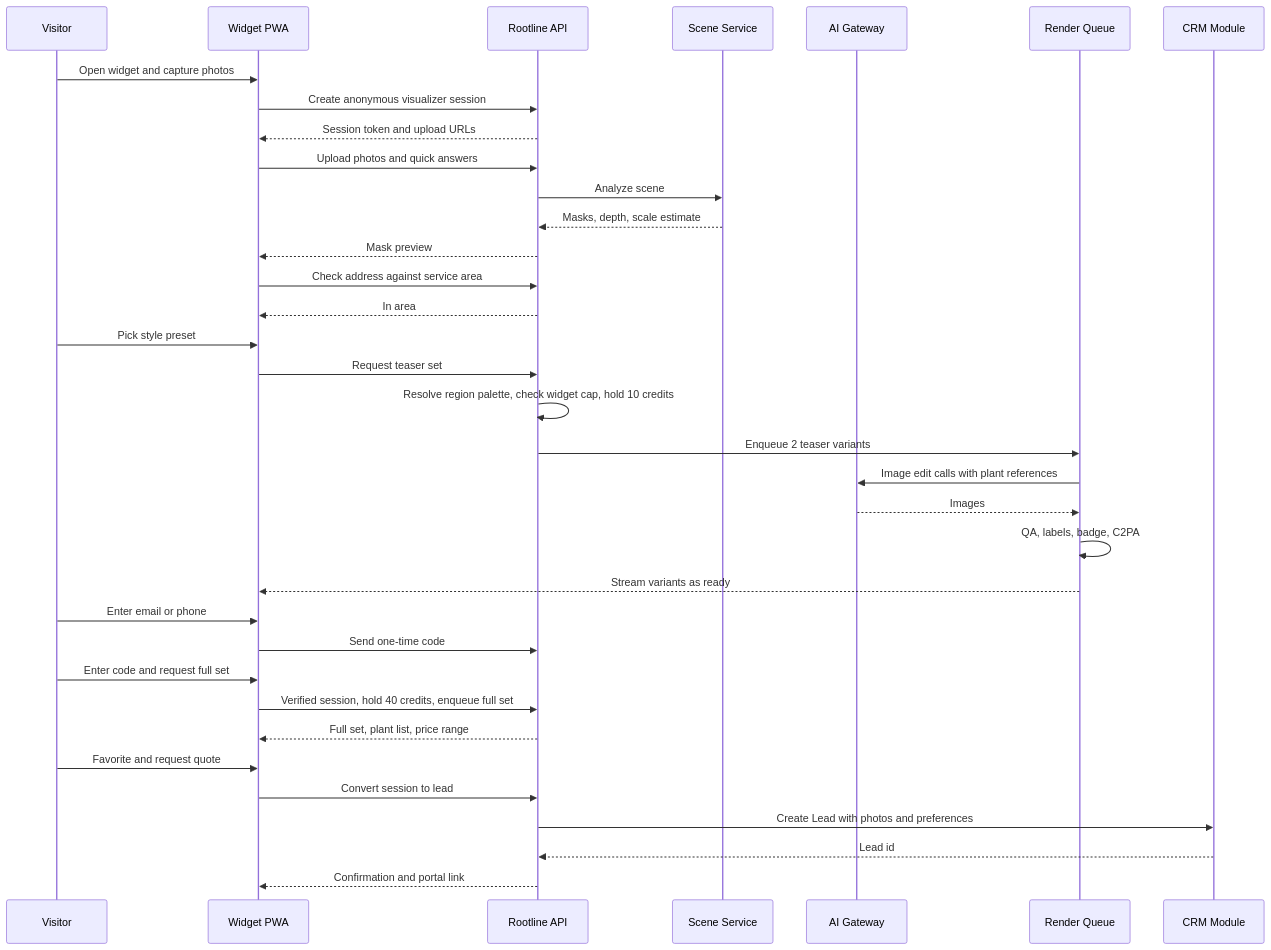
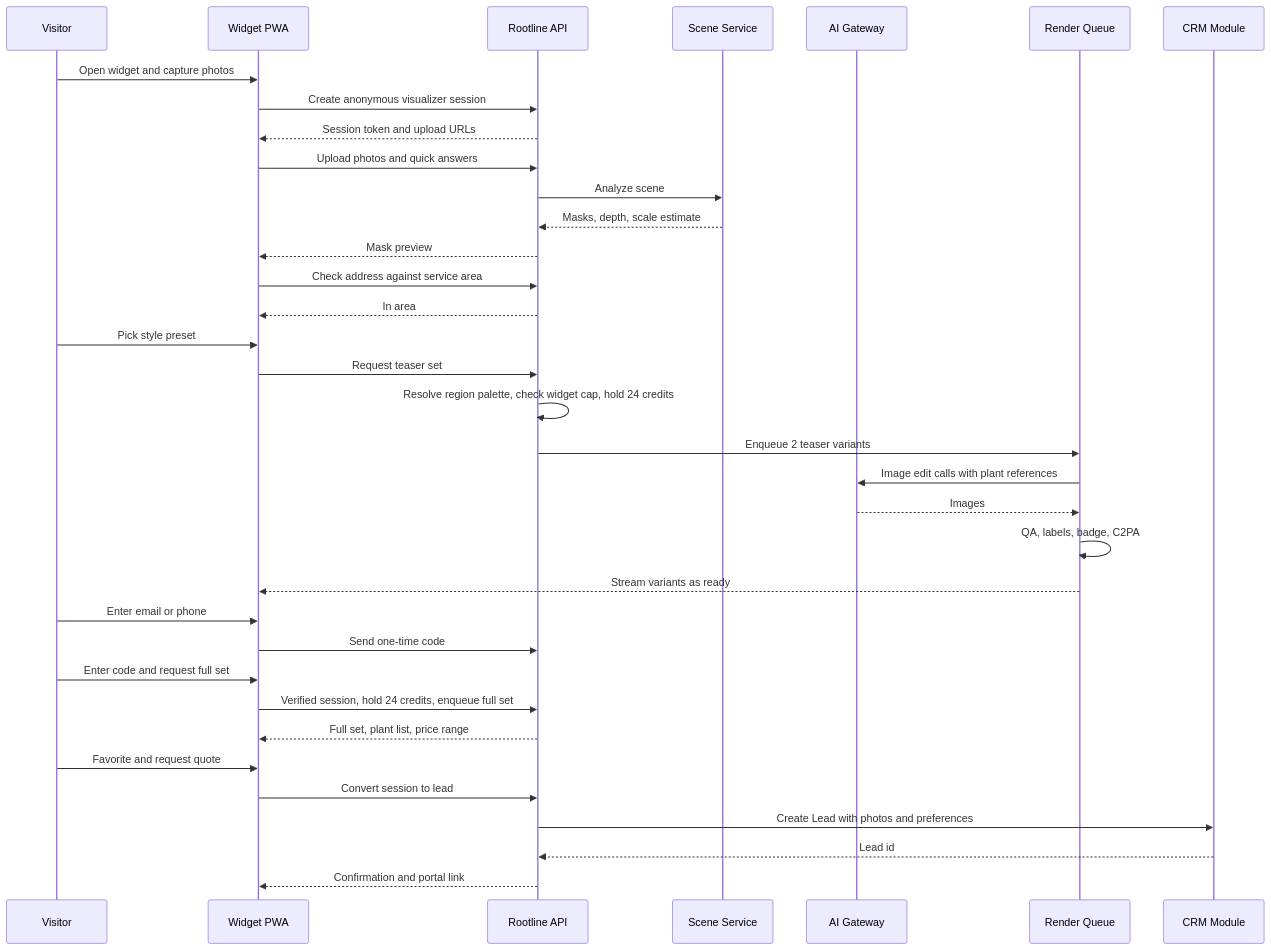
The fourth of 15 diagrams in docs/11-ai-design-mockups.md (jdinard/landscape), drawn with Mermaid before and after one commit. The commit also changed other lines of this file and 21 other files, not shown here.

````diff
--- a/docs/11-ai-design-mockups.md
+++ b/docs/11-ai-design-mockups.md
@@ -814,37 +828,37 @@
 ```mermaid
 sequenceDiagram
     participant V as Visitor
     participant W as Widget PWA
     participant API as Rootline API
     participant SA as Scene Service
     participant GW as AI Gateway
     participant Q as Render Queue
     participant CRM as CRM Module
     V->>W: Open widget and capture photos
     W->>API: Create anonymous visualizer session
     API-->>W: Session token and upload URLs
     W->>API: Upload photos and quick answers
     API->>SA: Analyze scene
     SA-->>API: Masks, depth, scale estimate
     API-->>W: Mask preview
     W->>API: Check address against service area
     API-->>W: In area
     V->>W: Pick style preset
     W->>API: Request teaser set
-    API->>API: Resolve region palette, check widget cap, hold 10 credits
+    API->>API: Resolve region palette, check widget cap, hold 24 credits
     API->>Q: Enqueue 2 teaser variants
     Q->>GW: Image edit calls with plant references
     GW-->>Q: Images
     Q->>Q: QA, labels, badge, C2PA
     Q-->>W: Stream variants as ready
     V->>W: Enter email or phone
     W->>API: Send one-time code
     V->>W: Enter code and request full set
-    W->>API: Verified session, hold 40 credits, enqueue full set
+    W->>API: Verified session, hold 24 credits, enqueue full set
     API-->>W: Full set, plant list, price range
     V->>W: Favorite and request quote
     W->>API: Convert session to lead
     API->>CRM: Create Lead with photos and preferences
     CRM-->>API: Lead id
     API-->>W: Confirmation and portal link
 ```
````
